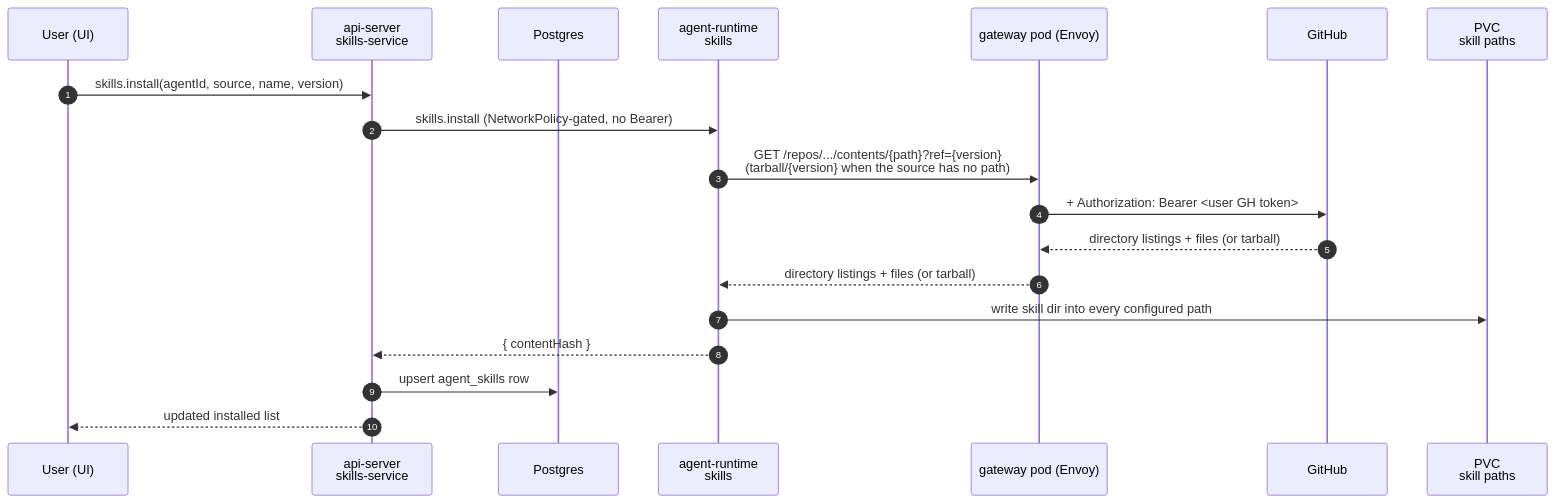
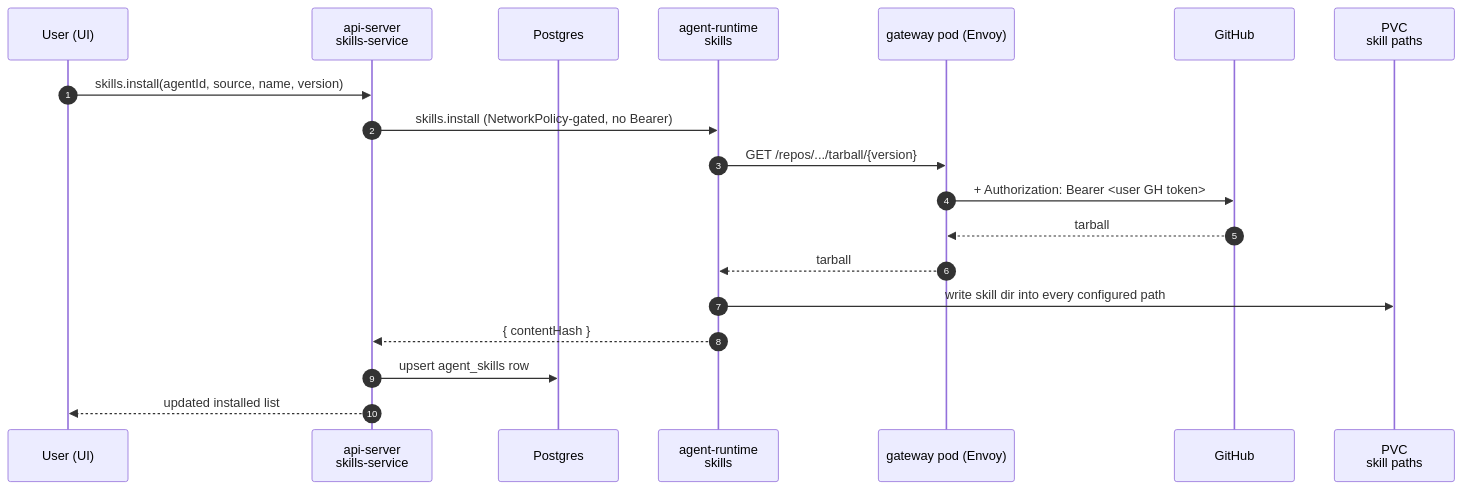
One commit to dam-agents/dam changed the second of 3 diagrams in docs/architecture/skills.md. Above: the diagram before and after it, drawn with Mermaid. The commit also changed other lines of this file and 16 other files, not shown here.

First line of the commit message:
feat(skills): fetch by directory only when the agent's egress denies the archive

````diff
--- a/docs/architecture/skills.md
+++ b/docs/architecture/skills.md
@@ -256,22 +256,22 @@
 ```mermaid
 sequenceDiagram
   autonumber
   participant U as User (UI)
   participant API as api-server<br/>skills-service
   participant DB as Postgres
   participant RT as agent-runtime<br/>skills
   participant ENV as gateway pod (Envoy)
   participant GH as GitHub
   participant PVC as PVC<br/>skill paths
 
   U->>API: skills.install(agentId, source, name, version)
   API->>RT: skills.install (NetworkPolicy-gated, no Bearer)
-  RT->>ENV: GET /repos/.../contents/{path}?ref={version}<br/>(tarball/{version} when the source has no path)
+  RT->>ENV: GET /repos/.../tarball/{version}
   ENV->>GH: + Authorization: Bearer <user GH token>
-  GH-->>ENV: directory listings + files (or tarball)
-  ENV-->>RT: directory listings + files (or tarball)
+  GH-->>ENV: tarball
+  ENV-->>RT: tarball
   RT->>PVC: write skill dir into every configured path
   RT-->>API: { contentHash }
   API->>DB: upsert agent_skills row
   API-->>U: updated installed list
 ```
````
